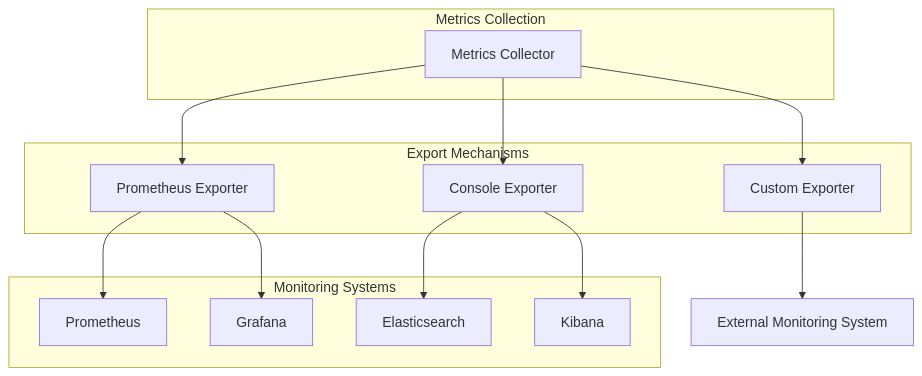
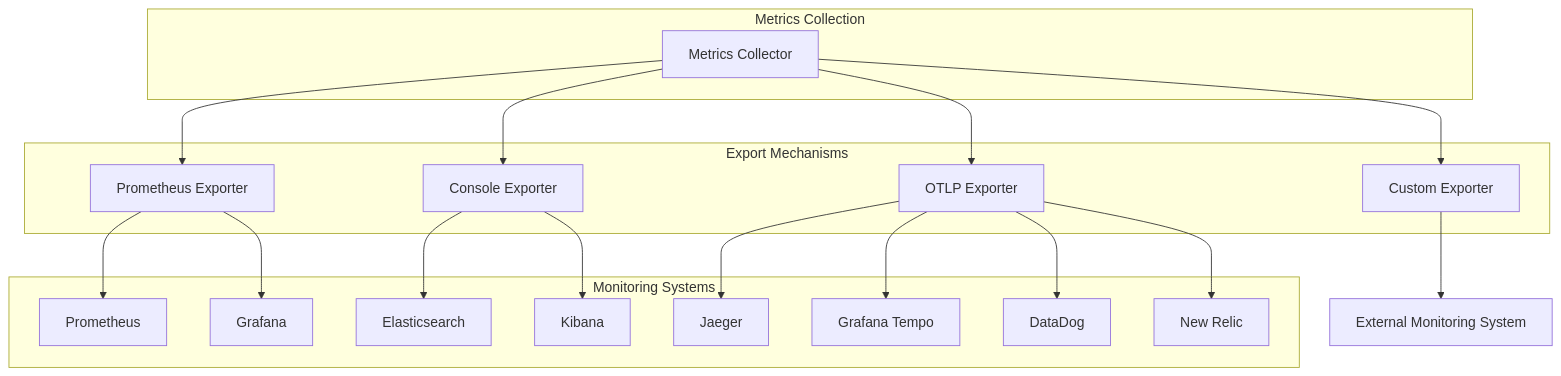
One commit to smedrec/smart-logs changed the fifth of 8 diagrams in .qoder/repowiki/en/content/Audit Core System/Observability/Metrics Collection.md. Above: the diagram before and after it, drawn with Mermaid. The commit also changed other lines of this file and 13 other files, not shown here.

````diff
--- a/.qoder/repowiki/en/content/Audit Core System/Observability/Metrics Collection.md
+++ b/.qoder/repowiki/en/content/Audit Core System/Observability/Metrics Collection.md
@@ -191,25 +241,35 @@
 ```mermaid
 graph TB
 subgraph "Metrics Collection"
 MC[Metrics Collector]
 end
 subgraph "Export Mechanisms"
 P[Prometheus Exporter]
 C[Console Exporter]
+O[OTLP Exporter]
 X[Custom Exporter]
 end
 subgraph "Monitoring Systems"
 PM[Prometheus]
 GF[Grafana]
 EL[Elasticsearch]
 KI[Kibana]
+JT[Jaeger]
+GT[Grafana Tempo]
+DD[DataDog]
+NR[New Relic]
 end
 MC --> P
 MC --> C
+MC --> O
 MC --> X
 P --> PM
 P --> GF
 C --> EL
 C --> KI
+O --> JT
+O --> GT
+O --> DD
+O --> NR
 X --> External[External Monitoring System]
 ```
````
